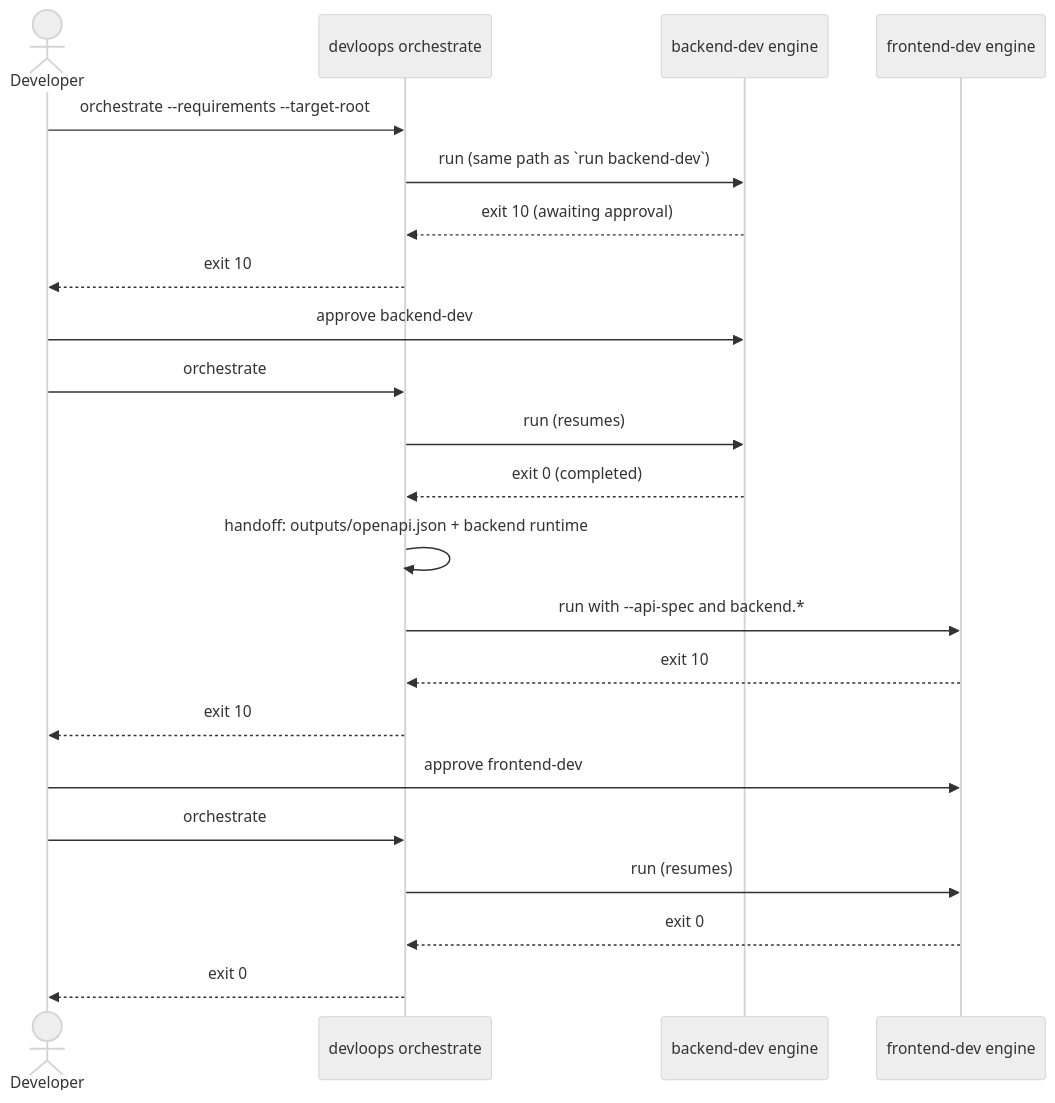
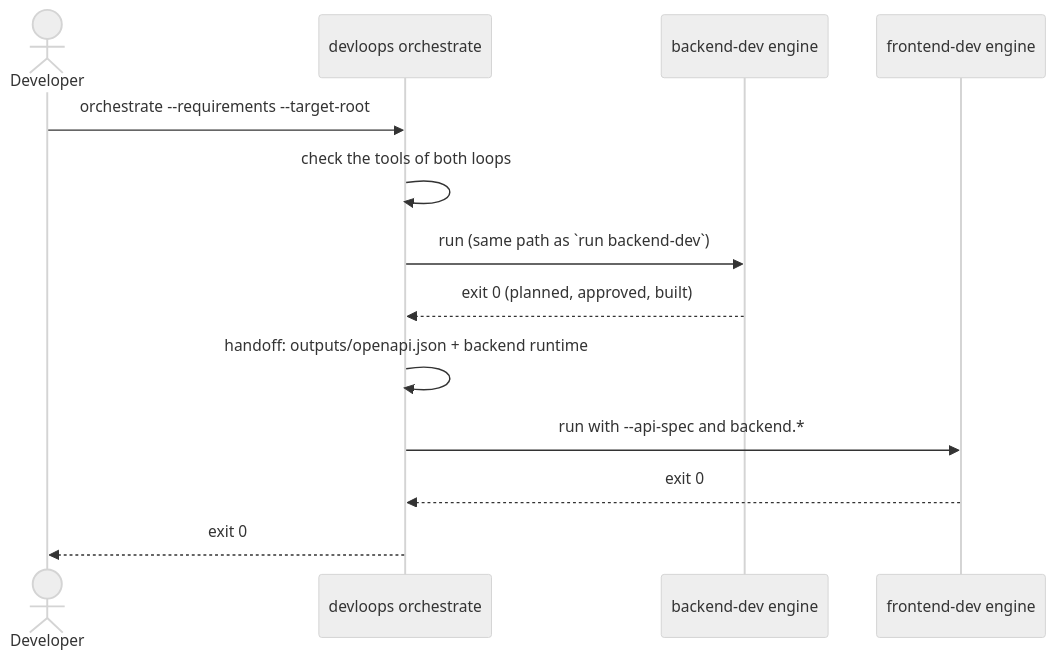
Before and after one commit to youssef7ussien/claude-devloops: the third of 3 diagrams in loops/README.md, drawn with Mermaid (neutral theme). The commit also changed other lines of this file and 43 other files, not shown here.

````diff
--- a/loops/README.md
+++ b/loops/README.md
@@ -329,24 +395,15 @@
 ```mermaid
 sequenceDiagram
     actor Dev as Developer
     participant Orch as devloops orchestrate
     participant BE as backend-dev engine
     participant FE as frontend-dev engine
     Dev->>Orch: orchestrate --requirements --target-root
+    Orch->>Orch: check the tools of both loops
     Orch->>BE: run (same path as `run backend-dev`)
-    BE-->>Orch: exit 10 (awaiting approval)
-    Orch-->>Dev: exit 10
-    Dev->>BE: approve backend-dev
-    Dev->>Orch: orchestrate
-    Orch->>BE: run (resumes)
-    BE-->>Orch: exit 0 (completed)
+    BE-->>Orch: exit 0 (planned, approved, built)
     Orch->>Orch: handoff: outputs/openapi.json + backend runtime
     Orch->>FE: run with --api-spec and backend.*
-    FE-->>Orch: exit 10
-    Orch-->>Dev: exit 10
-    Dev->>FE: approve frontend-dev
-    Dev->>Orch: orchestrate
-    Orch->>FE: run (resumes)
     FE-->>Orch: exit 0
     Orch-->>Dev: exit 0
 ```
````
